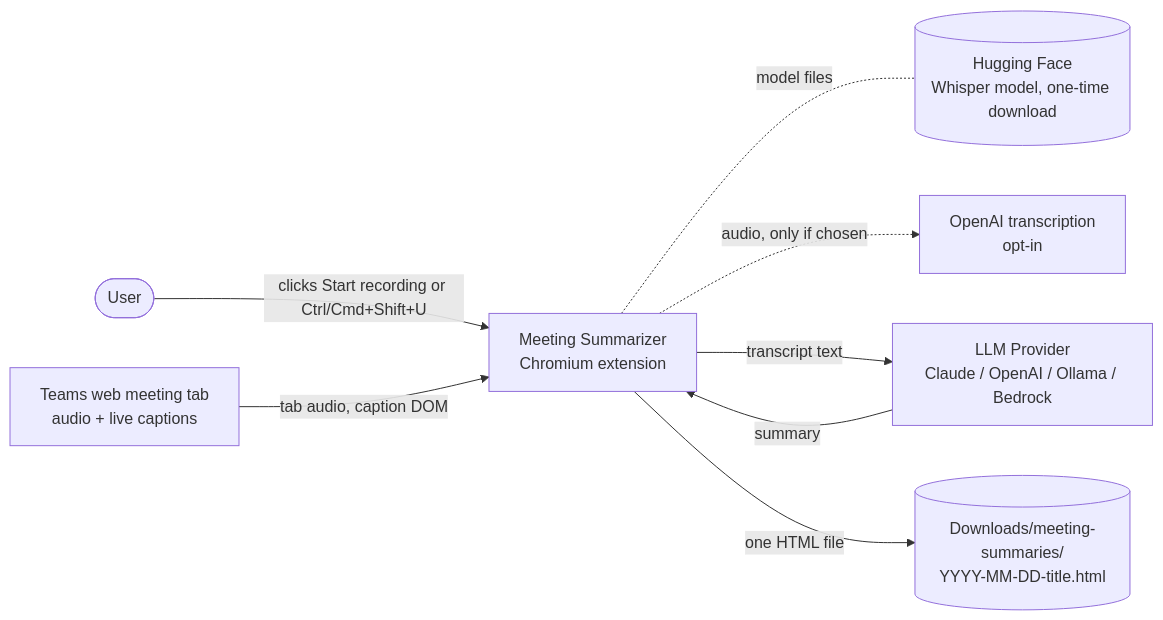
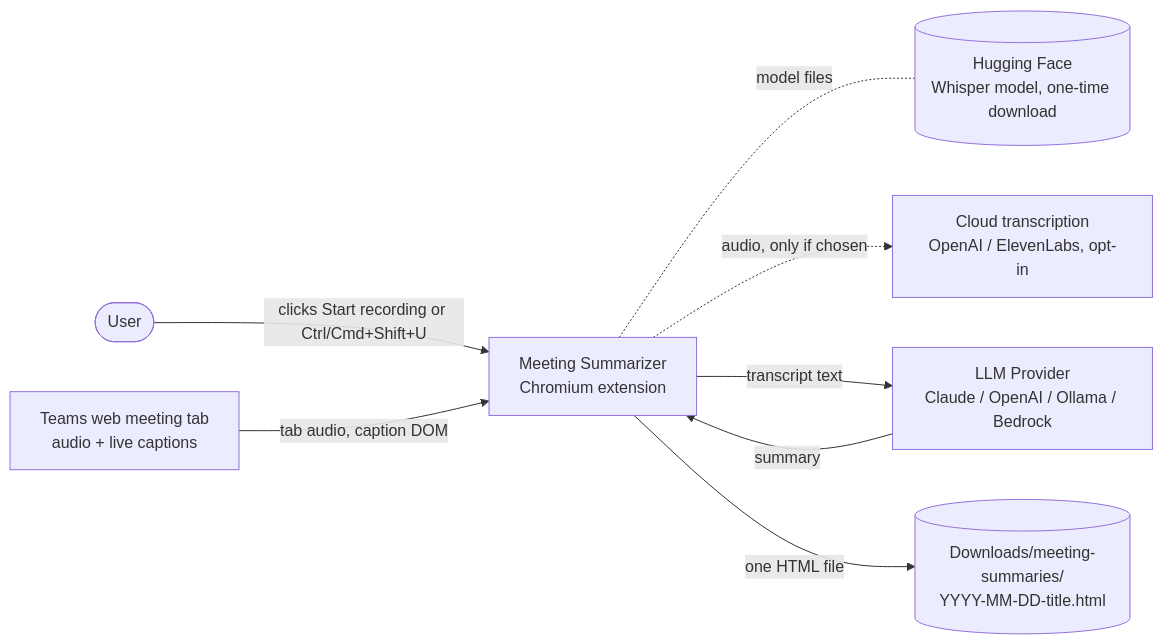
Before and after one commit to dominic676767/meeting-summarizer: the first of 11 diagrams in docs/ARCHITECTURE.md, drawn with Mermaid. The commit also changed other lines of this file, not shown here.

````diff
--- a/docs/ARCHITECTURE.md
+++ b/docs/ARCHITECTURE.md
@@ -32,18 +32,18 @@
 ```mermaid
 flowchart LR
     user(["User"])
     teams["Teams web meeting tab<br/>audio + live captions"]
     ext["Meeting Summarizer<br/>Chromium extension"]
     hf[("Hugging Face<br/>Whisper model, one-time download")]
-    stt["OpenAI transcription<br/>opt-in"]
+    stt["Cloud transcription<br/>OpenAI / ElevenLabs, opt-in"]
     llm["LLM Provider<br/>Claude / OpenAI / Ollama / Bedrock"]
     out[("Downloads/meeting-summaries/<br/>YYYY-MM-DD-title.html")]
 
     user -- "clicks Start recording or Ctrl/Cmd+Shift+U" --> ext
     teams -- "tab audio, caption DOM" --> ext
     ext -. "model files" .- hf
     ext -. "audio, only if chosen" .-> stt
     ext -- "transcript text" --> llm
     llm -- "summary" --> ext
     ext -- "one HTML file" --> out
 ```
````
